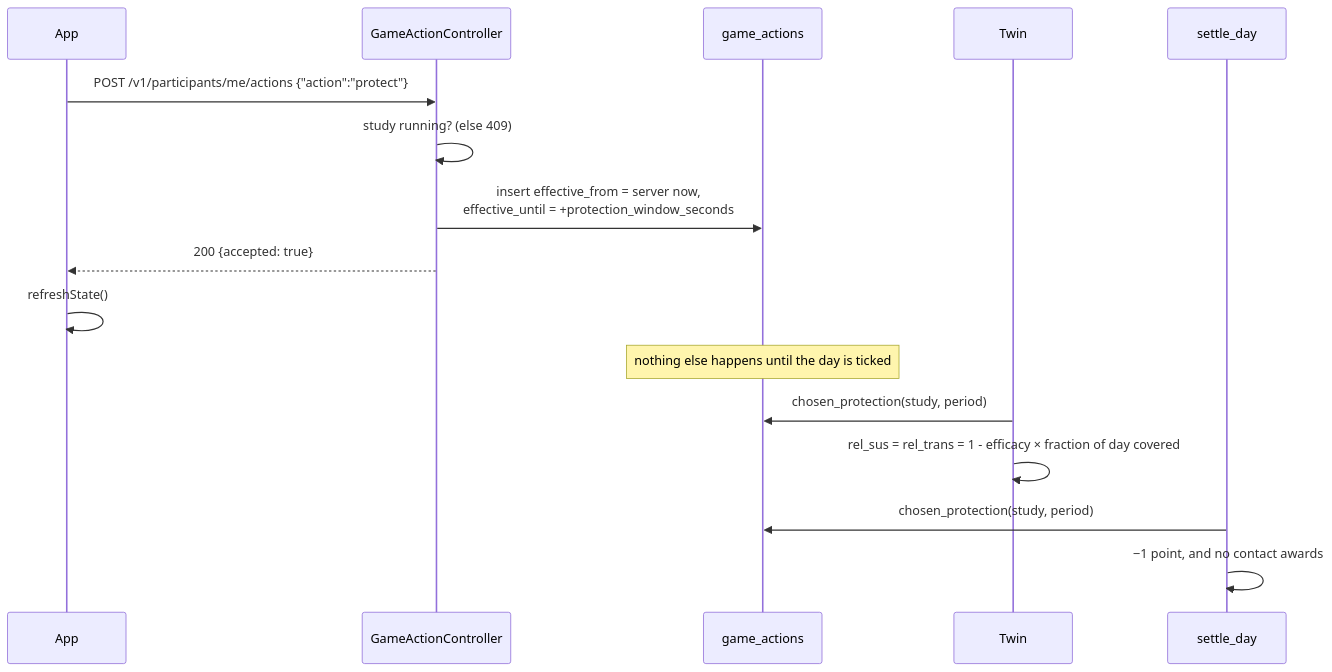
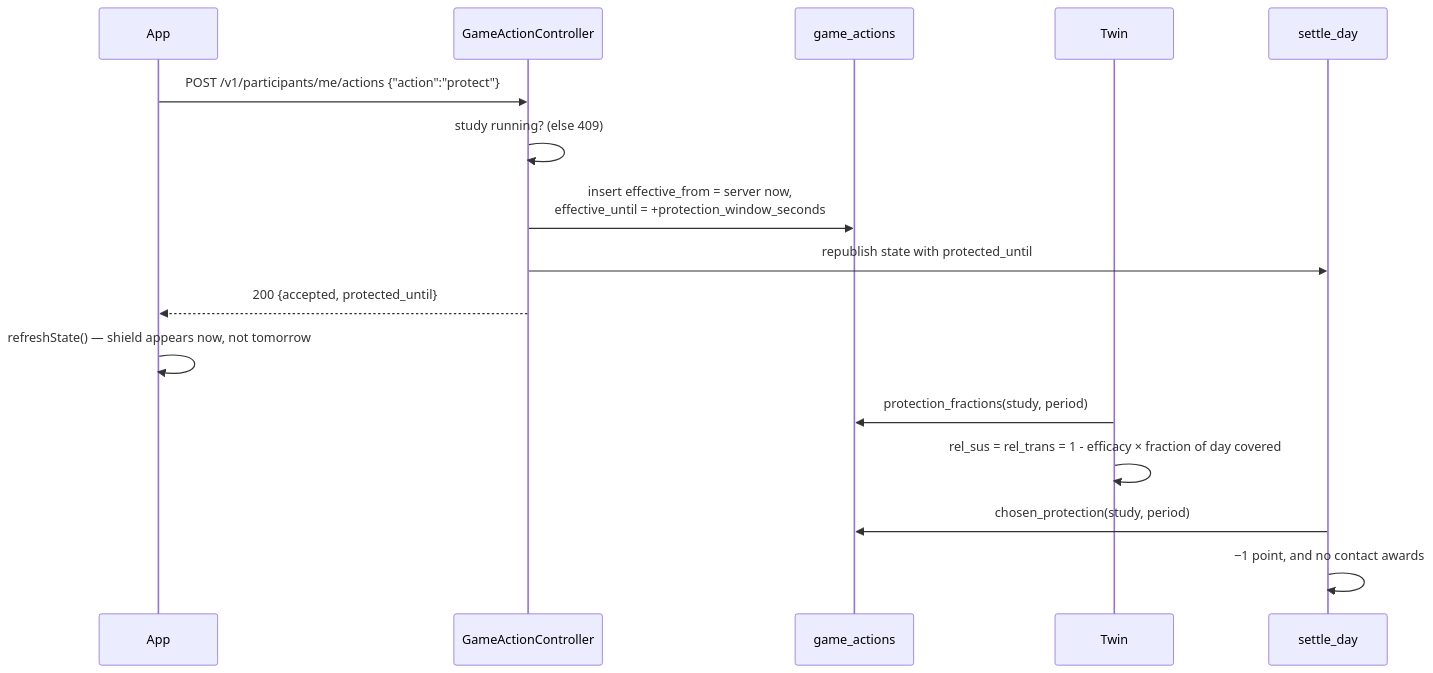
Before and after one commit to colabobio/epidemica: the third of 3 diagrams in docs/concepts/epigame.md, drawn with Mermaid. The commit also changed other lines of this file and 24 other files, not shown here.

````diff
--- a/docs/concepts/epigame.md
+++ b/docs/concepts/epigame.md
@@ -427,18 +468,18 @@
 ```mermaid
 sequenceDiagram
   participant App
   participant API as GameActionController
   participant DB as game_actions
   participant Twin
   participant Score as settle_day
   App->>API: POST /v1/participants/me/actions {"action":"protect"}
   API->>API: study running? (else 409)
   API->>DB: insert effective_from = server now,<br/>effective_until = +protection_window_seconds
-  API-->>App: 200 {accepted: true}
-  App->>App: refreshState()
-  Note over DB: nothing else happens until the day is ticked
-  Twin->>DB: chosen_protection(study, period)
+  API->>Score: republish state with protected_until
+  API-->>App: 200 {accepted, protected_until}
+  App->>App: refreshState() — shield appears now, not tomorrow
+  Twin->>DB: protection_fractions(study, period)
   Twin->>Twin: rel_sus = rel_trans = 1 - efficacy × fraction of day covered
   Score->>DB: chosen_protection(study, period)
   Score->>Score: −1 point, and no contact awards
 ```
````
